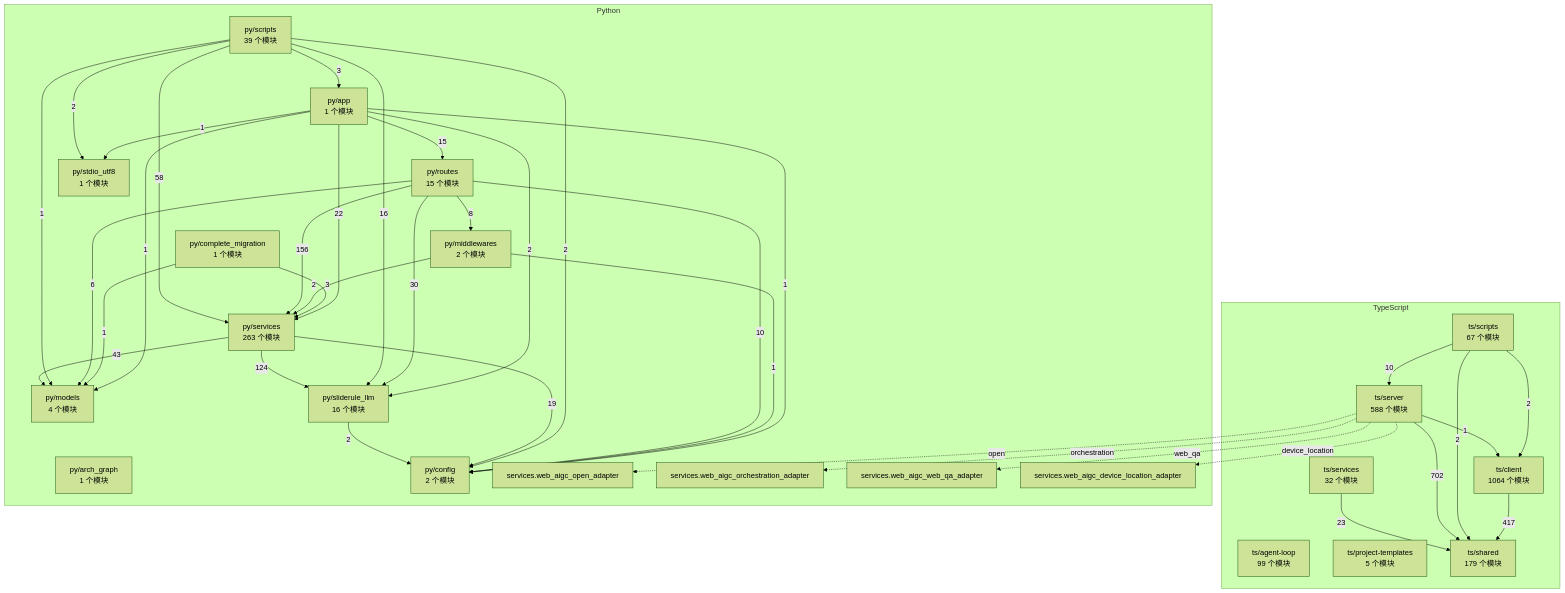
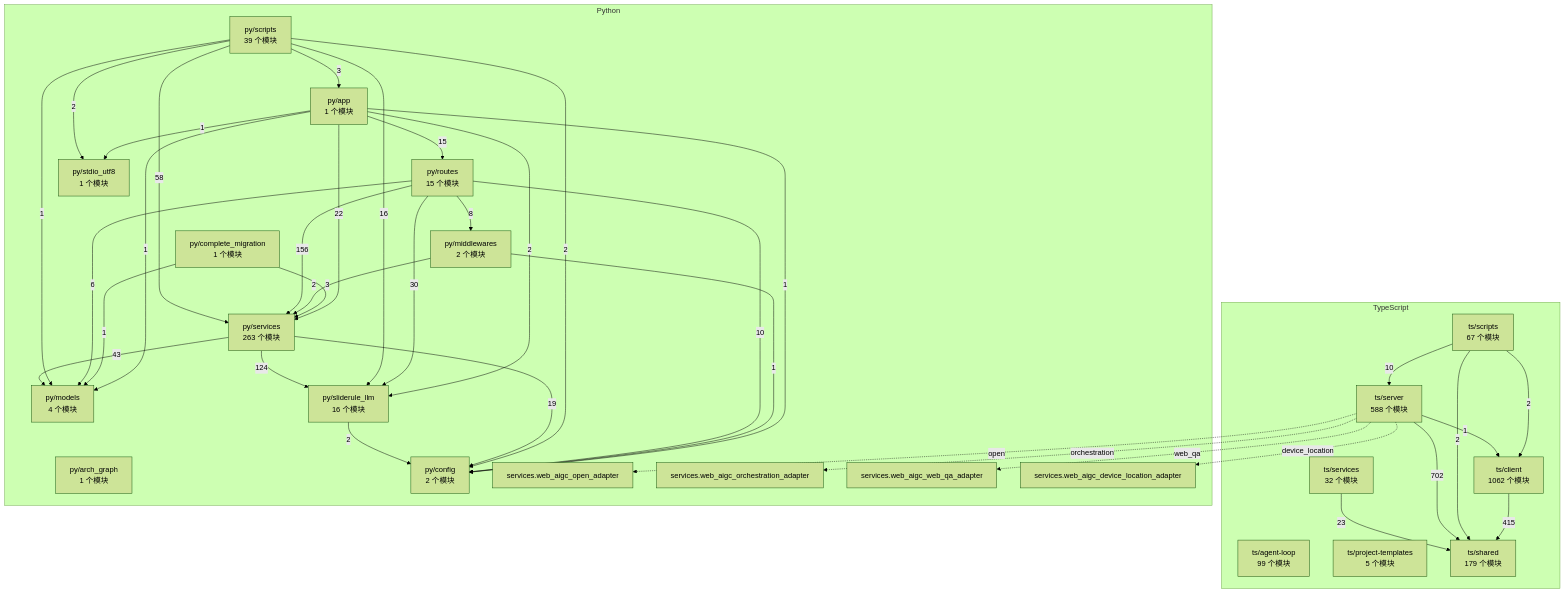
Before and after one commit to 2686521696/WhyBuddy: the diagram in docs/WhyBuddy 全仓架构图（自动生成）.md, drawn with Mermaid (forest theme). The commit also changed 2 other files, not shown here.

Commit message:
把更新后的树弄绿（二）：Python 22 → 12
## /plan 命令：位置断言过时，性质没变

`test_plan_entry_commands` 三条红在 `controlTranscript[-1]["kind"] == "plan_entered"`，
实际末尾是 `tool_result`——上游那笔就叫「工具事件写入会话日志」，日志现在
会跟一行工具结果。plan_entered **在**（倒数第二），执行权也确实撤销了
（那条断言一直是过的）。

过时的只是 `[-1]` 这个位置。改成按 plan_* 这一族过滤再看末尾——比单纯断言
「存在」更强：后面若又冒出 plan_approved 把执行权发回去，当场红。
变异两发都咬得住（不写 plan_entered → 红；补一行 plan_approved → 红）。

## save_session 多了个透传参数

`test_audit_regressions` 用的是 kwargs 全等，而上游给 save_session 加了可选的
`expected_control_run`（传 None 等于旧行为，只是把 CAS 期望透传下去）。
判据在乎的从来不是参数表长什么样，是**这次保存必须服务端写 + 要求落库**，
改成只钉这两个：任一被改成 False 当场红，新增透传参数放行。

## 架构图重新生成

删掉那两个孤儿模块之后图又过期了，两侧 --emit 重跑。

Claude-Session: https://claude.ai/code/session_01QD8jrv1AptPUNK4yen91Gc

````diff
--- a/docs/WhyBuddy 全仓架构图（自动生成）.md
+++ b/docs/WhyBuddy 全仓架构图（自动生成）.md
@@ -14,65 +14,65 @@
 ```mermaid
 flowchart TB
   subgraph ts [TypeScript]
     ts_agent_loop["ts/agent-loop<br/>99 个模块"]
-    ts_client["ts/client<br/>1064 个模块"]
+    ts_client["ts/client<br/>1062 个模块"]
     ts_project_templates["ts/project-templates<br/>5 个模块"]
     ts_scripts["ts/scripts<br/>67 个模块"]
     ts_server["ts/server<br/>588 个模块"]
     ts_services["ts/services<br/>32 个模块"]
     ts_shared["ts/shared<br/>179 个模块"]
   end
   subgraph py [Python]
     py_app["py/app<br/>1 个模块"]
     py_arch_graph["py/arch_graph<br/>1 个模块"]
     py_complete_migration["py/complete_migration<br/>1 个模块"]
     py_config["py/config<br/>2 个模块"]
     py_middlewares["py/middlewares<br/>2 个模块"]
     py_models["py/models<br/>4 个模块"]
     py_routes["py/routes<br/>15 个模块"]
     py_scripts["py/scripts<br/>39 个模块"]
     py_services["py/services<br/>263 个模块"]
     py_sliderule_llm["py/sliderule_llm<br/>16 个模块"]
     py_stdio_utf8["py/stdio_utf8<br/>1 个模块"]
     py_services_web_aigc_open_adapter["services.web_aigc_open_adapter"]
     py_services_web_aigc_orchestration_adapter["services.web_aigc_orchestration_adapter"]
     py_services_web_aigc_web_qa_adapter["services.web_aigc_web_qa_adapter"]
     py_services_web_aigc_device_location_adapter["services.web_aigc_device_location_adapter"]
   end
-  ts_client -->|417| ts_shared
+  ts_client -->|415| ts_shared
   ts_scripts -->|2| ts_client
   ts_scripts -->|10| ts_server
   ts_scripts -->|2| ts_shared
   ts_server -->|1| ts_client
   ts_server -->|702| ts_shared
   ts_services -->|23| ts_shared
   py_app -->|1| py_config
   py_app -->|1| py_models
   py_app -->|15| py_routes
   py_app -->|22| py_services
   py_app -->|2| py_sliderule_llm
   py_app -->|1| py_stdio_utf8
   py_complete_migration -->|1| py_models
   py_complete_migration -->|3| py_services
   py_middlewares -->|1| py_config
   py_middlewares -->|2| py_services
   py_routes -->|10| py_config
   py_routes -->|8| py_middlewares
   py_routes -->|6| py_models
   py_routes -->|156| py_services
   py_routes -->|30| py_sliderule_llm
   py_scripts -->|3| py_app
   py_scripts -->|2| py_config
   py_scripts -->|1| py_models
   py_scripts -->|58| py_services
   py_scripts -->|16| py_sliderule_llm
   py_scripts -->|2| py_stdio_utf8
   py_services -->|19| py_config
   py_services -->|43| py_models
   py_services -->|124| py_sliderule_llm
   py_sliderule_llm -->|2| py_config
   ts_server -.->|open| py_services_web_aigc_open_adapter
   ts_server -.->|orchestration| py_services_web_aigc_orchestration_adapter
   ts_server -.->|web_qa| py_services_web_aigc_web_qa_adapter
   ts_server -.->|device_location| py_services_web_aigc_device_location_adapter
 ```
````
